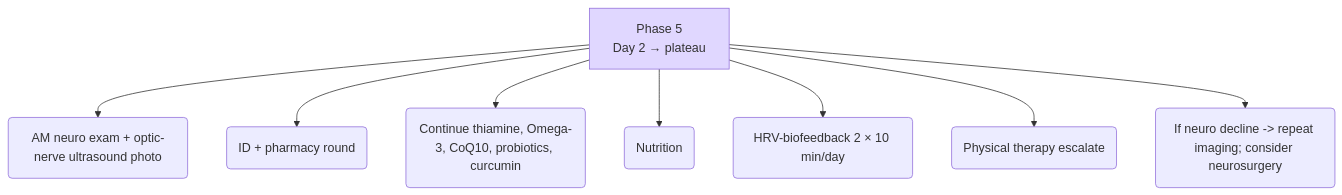
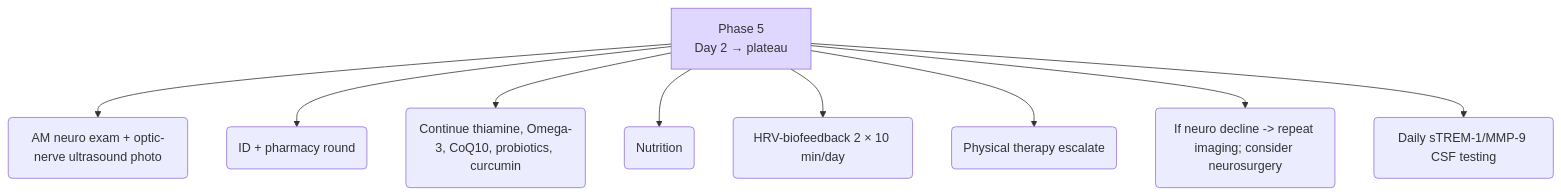
Before and after one commit to uumami/meningitis_protocol: the sixth of 10 diagrams in openai_taelin_query.md, drawn with Mermaid. The commit also changed other lines of this file and 13 other files, not shown here.

````diff
--- a/openai_taelin_query.md
+++ b/openai_taelin_query.md
@@ -125,11 +132,12 @@
 ```mermaid
 graph TD
     P5[Phase 5<br>Day 2 → plateau] --> NeuroEx(AM neuro exam + optic-nerve ultrasound photo)
     P5 --> Steward(ID + pharmacy round)
     P5 --> Meta(Continue thiamine, Omega-3, CoQ10, probiotics, curcumin)
     P5 --> Nutri(Nutrition)
     P5 --> HRV(HRV-biofeedback 2 × 10 min/day)
     P5 --> PT(Physical therapy escalate)
     P5 --> Decline(If neuro decline -> repeat imaging; consider neurosurgery)
+    P5 --> CSFTest(Daily sTREM-1/MMP-9 CSF testing)
     style P5 fill:#e0d7ff
 ```
````
